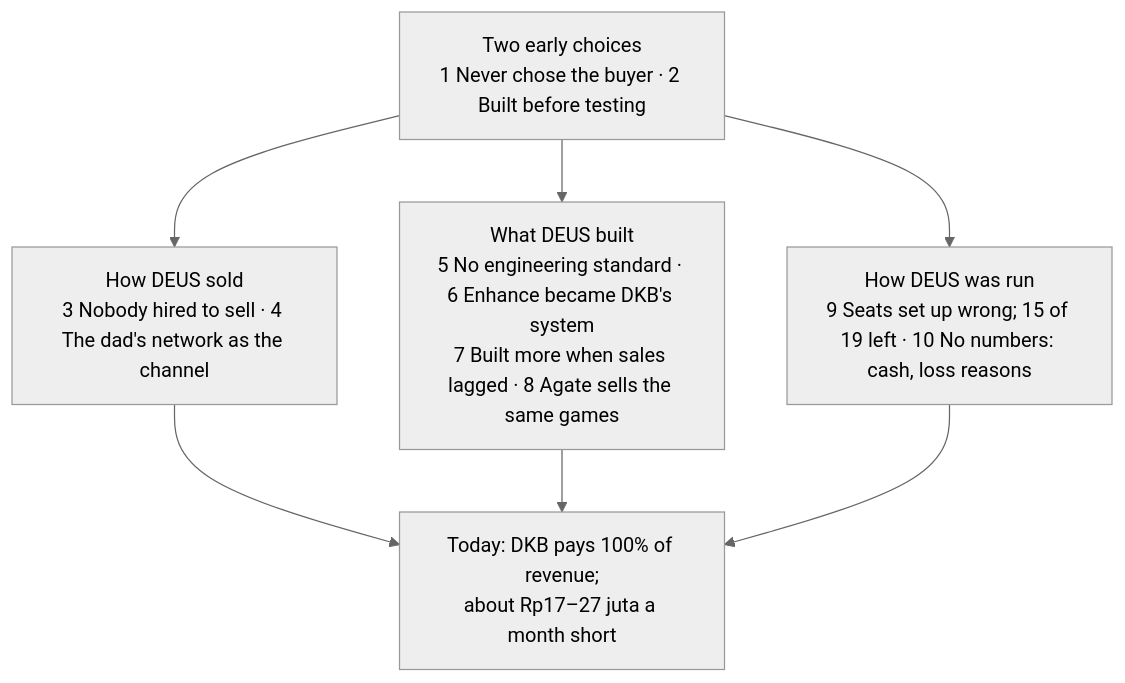
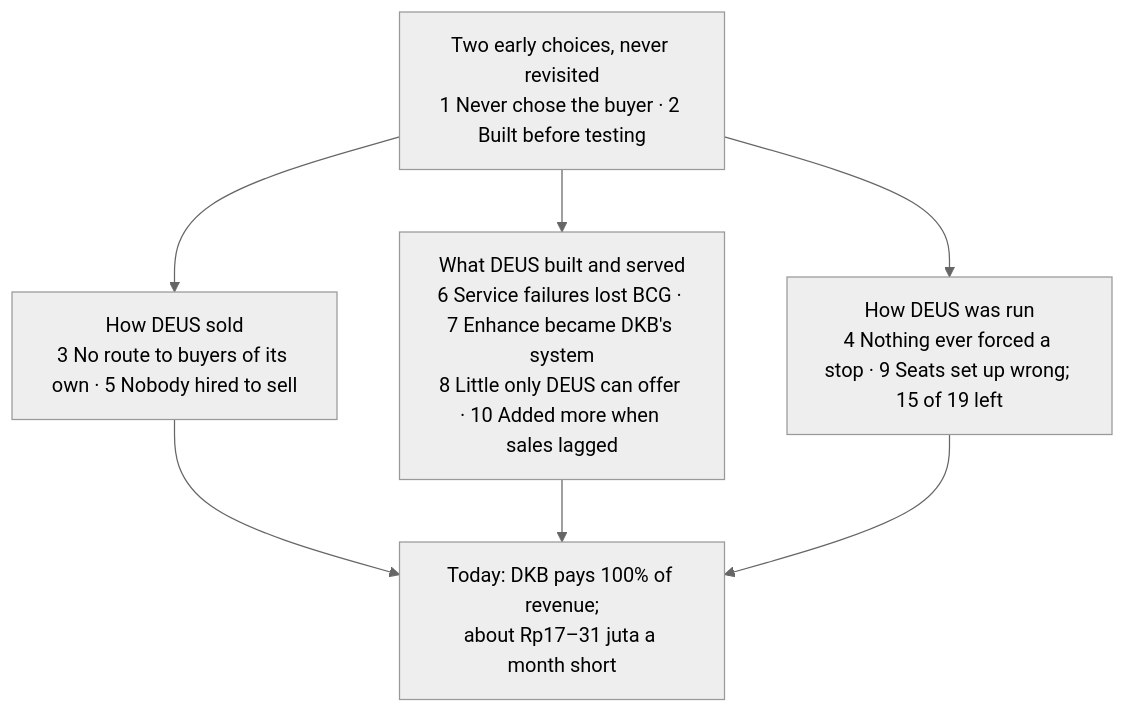
Before and after one commit to gregorykurnia/deus-evaluation: the diagram in outputs/11-top-10-reasons.md, drawn with Mermaid (neutral theme). The commit also changed other lines of this file and 1 other file, not shown here.

First line of the commit message:
5.5: Step 11 top 10 reasons revised with the founder answers; doc section replaced

````diff
--- a/outputs/11-top-10-reasons.md
+++ b/outputs/11-top-10-reasons.md
@@ -17,10 +17,10 @@
 ```mermaid
 flowchart TB
-    R["Two early choices<br/>1 Never chose the buyer · 2 Built before testing"]
-    R --> S["How DEUS sold<br/>3 Nobody hired to sell · 4 The dad's network as the channel"]
-    R --> B["What DEUS built<br/>5 No engineering standard · 6 Enhance became DKB's system<br/>7 Built more when sales lagged · 8 Agate sells the same games"]
-    R --> O["How DEUS was run<br/>9 Seats set up wrong; 15 of 19 left · 10 No numbers: cash, loss reasons"]
-    S --> T["Today: DKB pays 100% of revenue;<br/>about Rp17–27 juta a month short"]
+    R["Two early choices, never revisited<br/>1 Never chose the buyer · 2 Built before testing"]
+    R --> S["How DEUS sold<br/>3 No route to buyers of its own · 5 Nobody hired to sell"]
+    R --> B["What DEUS built and served<br/>6 Service failures lost BCG · 7 Enhance became DKB's system<br/>8 Little only DEUS can offer · 10 Added more when sales lagged"]
+    R --> O["How DEUS was run<br/>4 Nothing ever forced a stop · 9 Seats set up wrong; 15 of 19 left"]
+    S --> T["Today: DKB pays 100% of revenue;<br/>about Rp17–31 juta a month short"]
     B --> T
     O --> T
 ```
````
